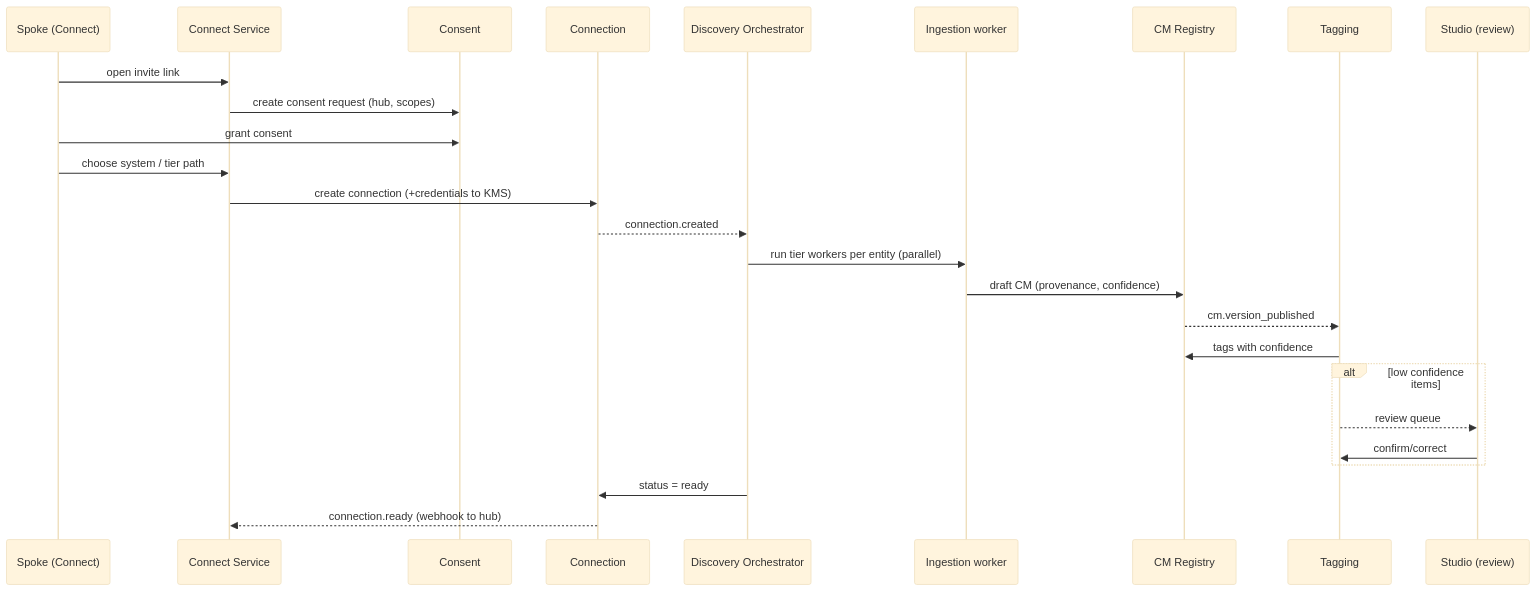
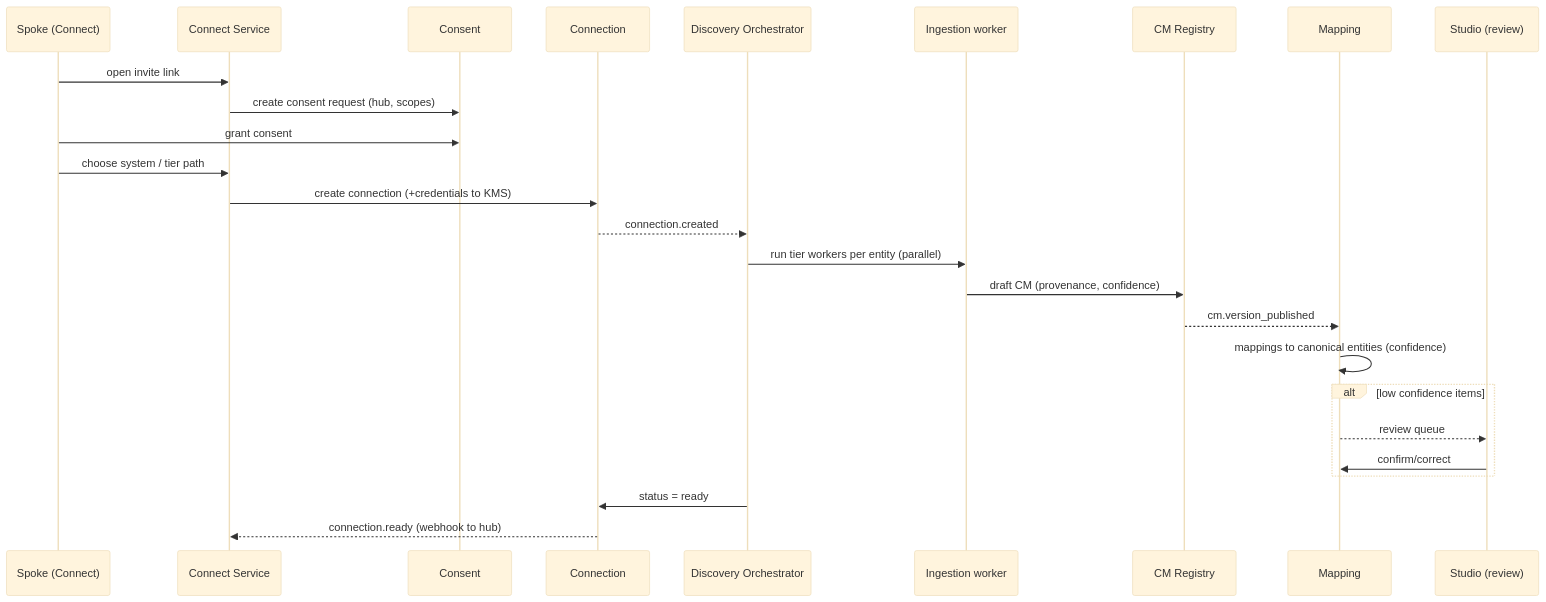
One commit to khaledibrahim1015/repo-evalv2 changed the fourth of 5 diagrams in integration/prd/02-architecture.md. Above: the diagram before and after it, drawn with Mermaid (base theme). The commit also changed other lines of this file and 6 other files, not shown here.

````diff
--- a/integration/prd/02-architecture.md
+++ b/integration/prd/02-architecture.md
@@ -291,28 +291,28 @@
 ```mermaid
 sequenceDiagram
   participant S as Spoke (Connect)
   participant CS as Connect Service
   participant CO as Consent
   participant CX as Connection
   participant D as Discovery Orchestrator
   participant I as Ingestion worker
   participant CM as CM Registry
-  participant T as Tagging
+  participant T as Mapping
   participant ST as Studio (review)
   S->>CS: open invite link
   CS->>CO: create consent request (hub, scopes)
   S->>CO: grant consent
   S->>CS: choose system / tier path
   CS->>CX: create connection (+credentials to KMS)
   CX-->>D: connection.created
   D->>I: run tier workers per entity (parallel)
   I->>CM: draft CM (provenance, confidence)
   CM-->>T: cm.version_published
-  T->>CM: tags with confidence
+  T->>T: mappings to canonical entities (confidence)
   alt low confidence items
     T-->>ST: review queue
     ST->>T: confirm/correct
   end
   D->>CX: status = ready
   CX-->>CS: connection.ready (webhook to hub)
 ```
````
